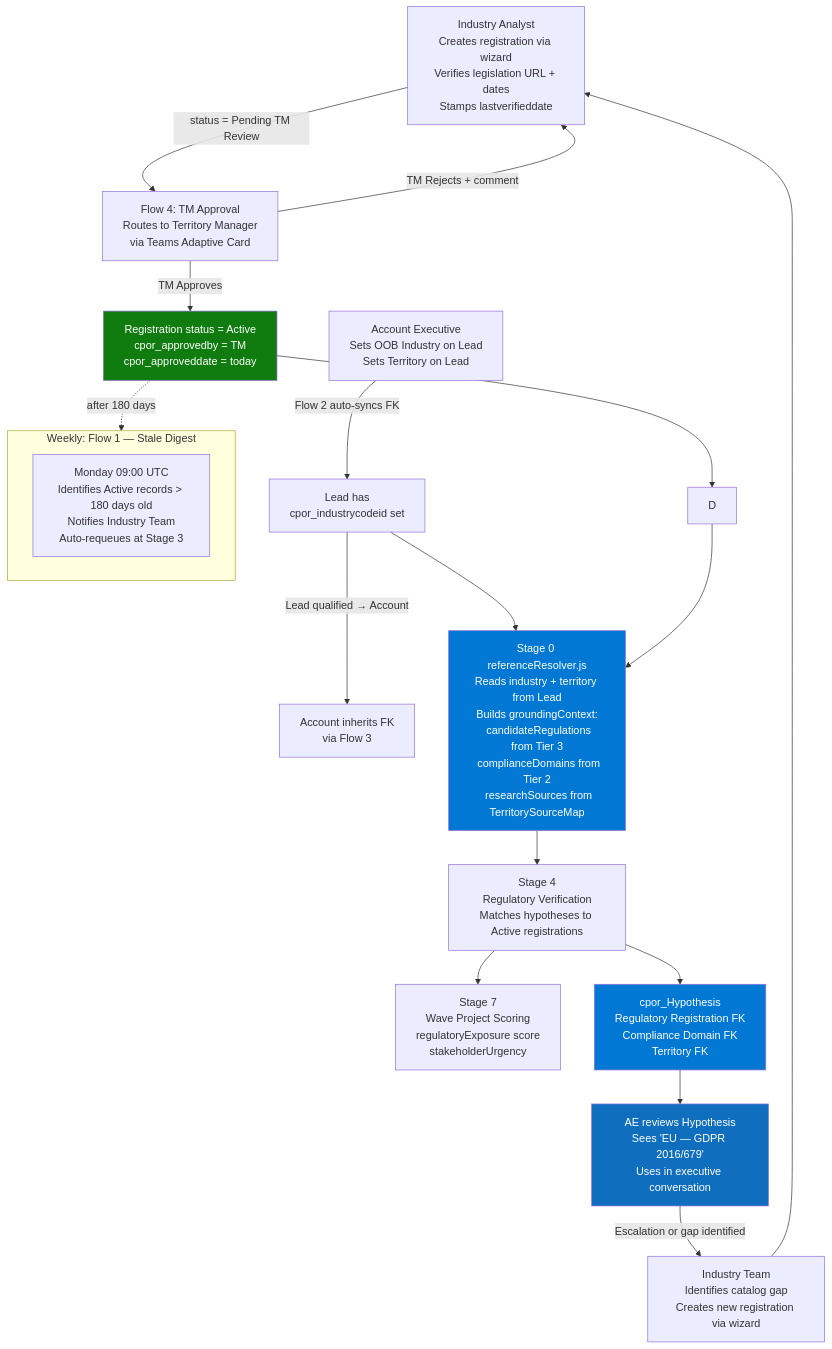
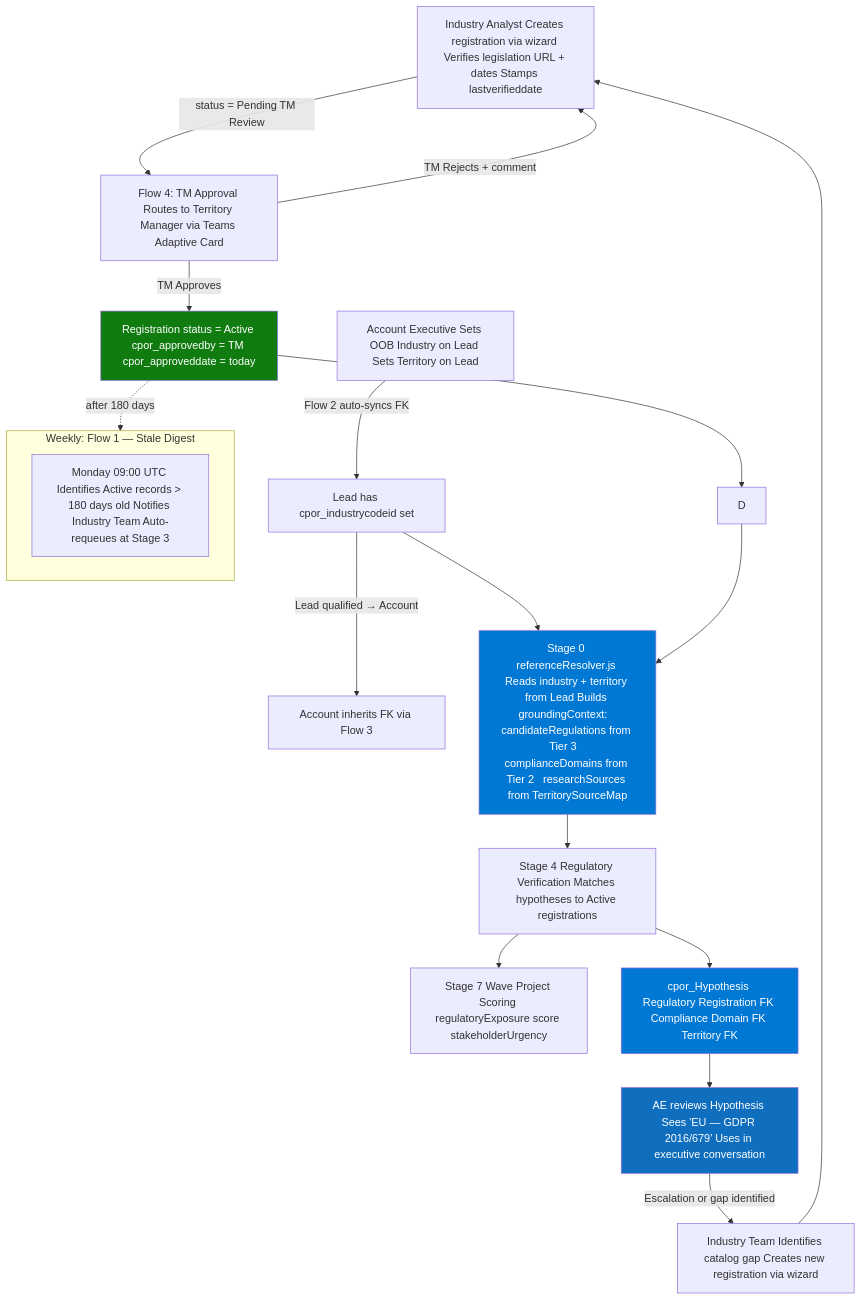
One commit to enewbold-devops/CPOR-Industry-Engagement changed diagram 12 of 23 in README.md. Above: the diagram before and after it, drawn with Mermaid. The commit also changed other lines of this file, not shown here.

````diff
--- a/README.md
+++ b/README.md
@@ -666,33 +672,33 @@
 ```mermaid
 flowchart TD
-    A[Industry Analyst\nCreates registration via wizard\nVerifies legislation URL + dates\nStamps lastverifieddate] -->|status = Pending TM Review| B
+    A[Industry Analyst Creates registration via wizard Verifies legislation URL + dates Stamps lastverifieddate] -->|status = Pending TM Review| B
 
-    B[Flow 4: TM Approval\nRoutes to Territory Manager\nvia Teams Adaptive Card] -->|TM Approves| C
+    B[Flow 4: TM Approval Routes to Territory Manager via Teams Adaptive Card] -->|TM Approves| C
     B -->|TM Rejects + comment| A
 
-    C[Registration status = Active\ncpor_approvedby = TM\ncpor_approveddate = today] --> D
+    C[Registration status = Active cpor_approvedby = TM cpor_approveddate = today] --> D
 
-    E[Account Executive\nSets OOB Industry on Lead\nSets Territory on Lead] -->|Flow 2 auto-syncs FK| F[Lead has\ncpor_industrycodeid set]
-    F -->|Lead qualified → Account| G[Account inherits FK\nvia Flow 3]
+    E[Account Executive Sets OOB Industry on Lead Sets Territory on Lead] -->|Flow 2 auto-syncs FK| F[Lead has cpor_industrycodeid set]
+    F -->|Lead qualified → Account| G[Account inherits FK via Flow 3]
 
-    F --> H[Stage 0 referenceResolver.js\nReads industry + territory from Lead\nBuilds groundingContext:\n  candidateRegulations from Tier 3\n  complianceDomains from Tier 2\n  researchSources from TerritorySourceMap]
+    F --> H[Stage 0 referenceResolver.js Reads industry + territory from Lead Builds groundingContext:   candidateRegulations from Tier 3   complianceDomains from Tier 2   researchSources from TerritorySourceMap]
     D --> H
 
-    H --> I[Stage 4\nRegulatory Verification\nMatches hypotheses to Active registrations]
-    I --> J[Stage 7\nWave Project Scoring\nregulatoryExposure score\nstakeholderUrgency]
-    I --> K[cpor_Hypothesis\nRegulatory Registration FK\nCompliance Domain FK\nTerritory FK]
+    H --> I[Stage 4 Regulatory Verification Matches hypotheses to Active registrations]
+    I --> J[Stage 7 Wave Project Scoring regulatoryExposure score stakeholderUrgency]
+    I --> K[cpor_Hypothesis Regulatory Registration FK Compliance Domain FK Territory FK]
 
-    K --> L[AE reviews Hypothesis\nSees 'EU — GDPR 2016/679'\nUses in executive conversation]
-    L -->|Escalation or gap identified| M[Industry Team\nIdentifies catalog gap\nCreates new registration via wizard]
+    K --> L[AE reviews Hypothesis Sees 'EU — GDPR 2016/679' Uses in executive conversation]
+    L -->|Escalation or gap identified| M[Industry Team Identifies catalog gap Creates new registration via wizard]
     M --> A
 
     subgraph STALE["Weekly: Flow 1 — Stale Digest"]
-        N[Monday 09:00 UTC\nIdentifies Active records > 180 days old\nNotifies Industry Team\nAuto-requeues at Stage 3]
+        N[Monday 09:00 UTC Identifies Active records > 180 days old Notifies Industry Team Auto-requeues at Stage 3]
     end
     C -.->|after 180 days| STALE
 
     style C fill:#107c10,color:#fff
     style H fill:#0078d4,color:#fff
     style K fill:#0078d4,color:#fff
     style L fill:#106ebe,color:#fff
 ```
````
